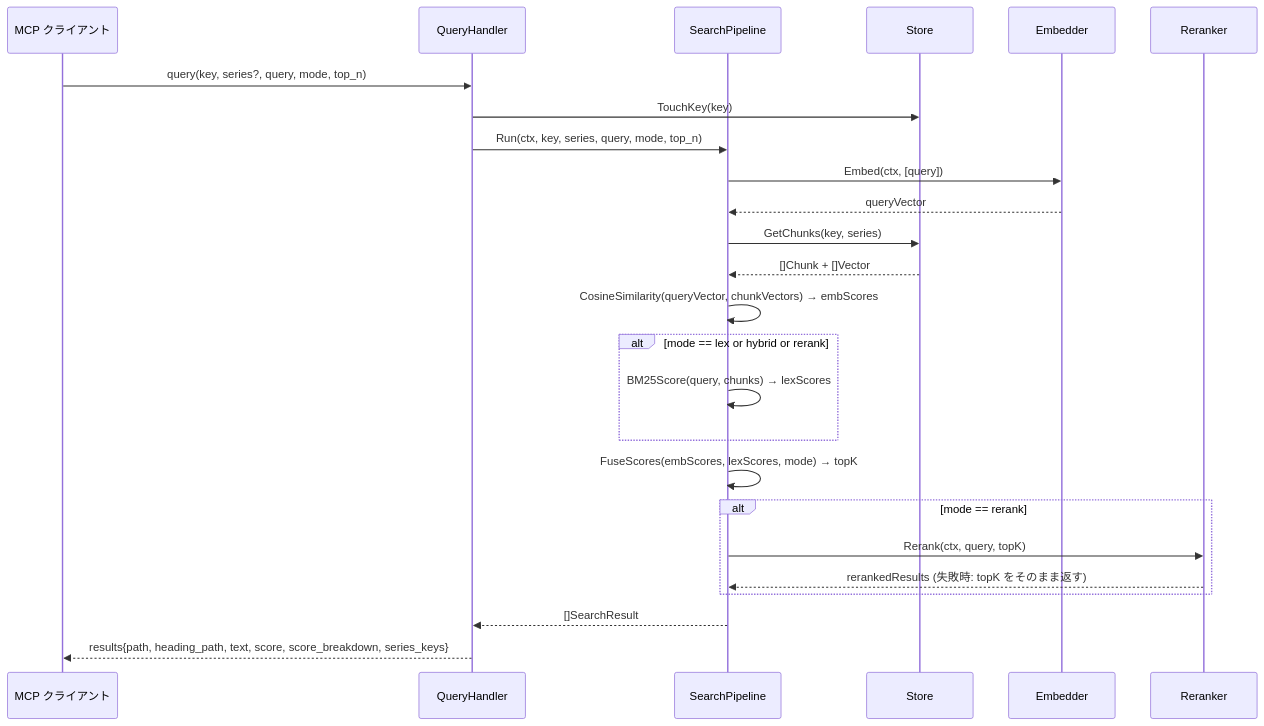
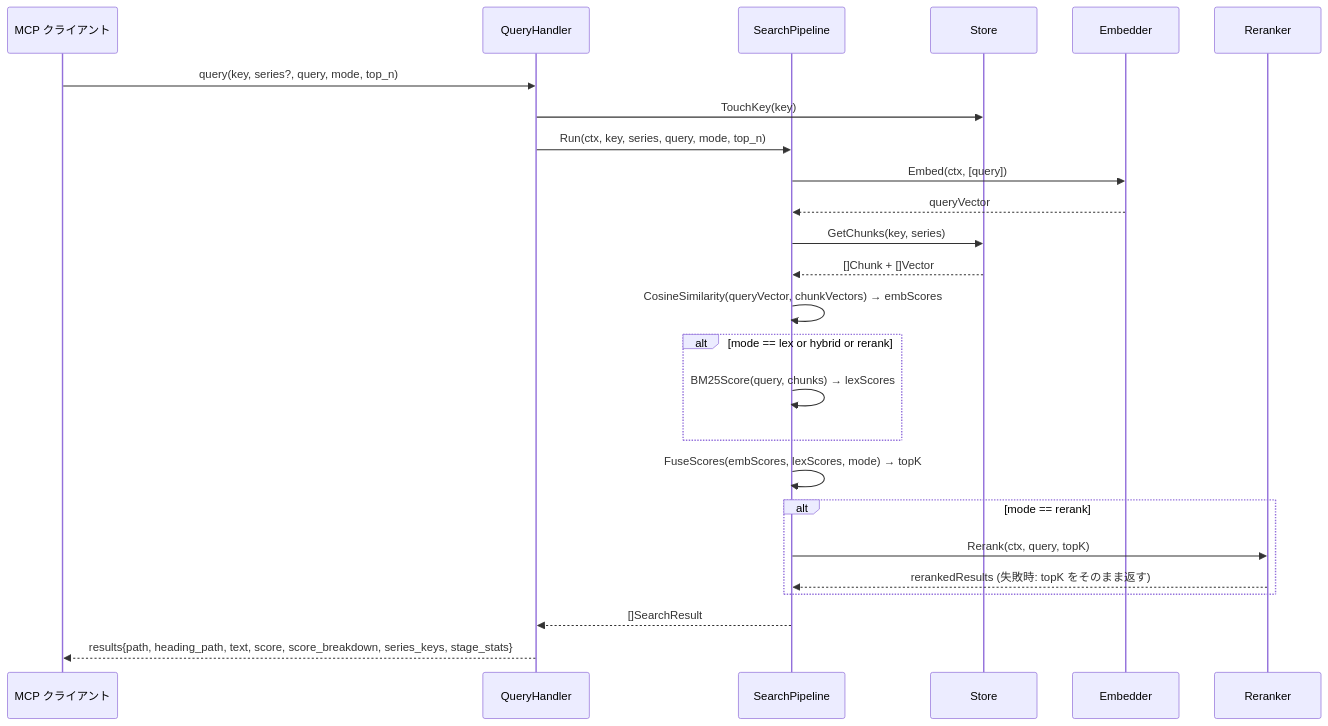
Before and after one commit to BlueEventHorizon/doc-db-mcp-server: the fifth of 5 diagrams in docs/specs/base/design/DES-001_doc_db_mcp_server_design.md, drawn with Mermaid. The commit also changed other lines of this file and 5 other files, not shown here.

````diff
--- a/docs/specs/base/design/DES-001_doc_db_mcp_server_design.md
+++ b/docs/specs/base/design/DES-001_doc_db_mcp_server_design.md
@@ -287,28 +290,28 @@
 ```mermaid
 sequenceDiagram
     participant C as MCP クライアント
     participant H as QueryHandler
     participant SP as SearchPipeline
     participant S as Store
     participant E as Embedder
     participant R as Reranker
 
     C->>H: query(key, series?, query, mode, top_n)
     H->>S: TouchKey(key)
     H->>SP: Run(ctx, key, series, query, mode, top_n)
     SP->>E: Embed(ctx, [query])
     E-->>SP: queryVector
     SP->>S: GetChunks(key, series)
     S-->>SP: []Chunk + []Vector
     SP->>SP: CosineSimilarity(queryVector, chunkVectors) → embScores
     alt mode == lex or hybrid or rerank
         SP->>SP: BM25Score(query, chunks) → lexScores
     end
     SP->>SP: FuseScores(embScores, lexScores, mode) → topK
     alt mode == rerank
         SP->>R: Rerank(ctx, query, topK)
         R-->>SP: rerankedResults (失敗時: topK をそのまま返す)
     end
     SP-->>H: []SearchResult
-    H-->>C: results{path, heading_path, text, score, score_breakdown, series_keys}
+    H-->>C: results{path, heading_path, text, score, score_breakdown, series_keys, stage_stats}
 ```
````
